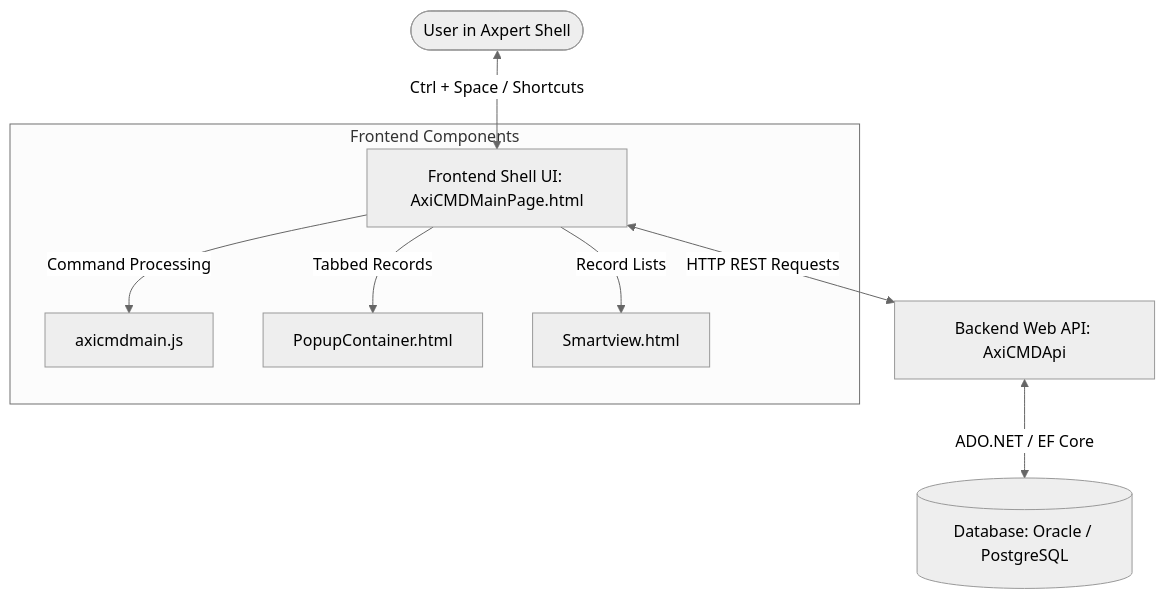
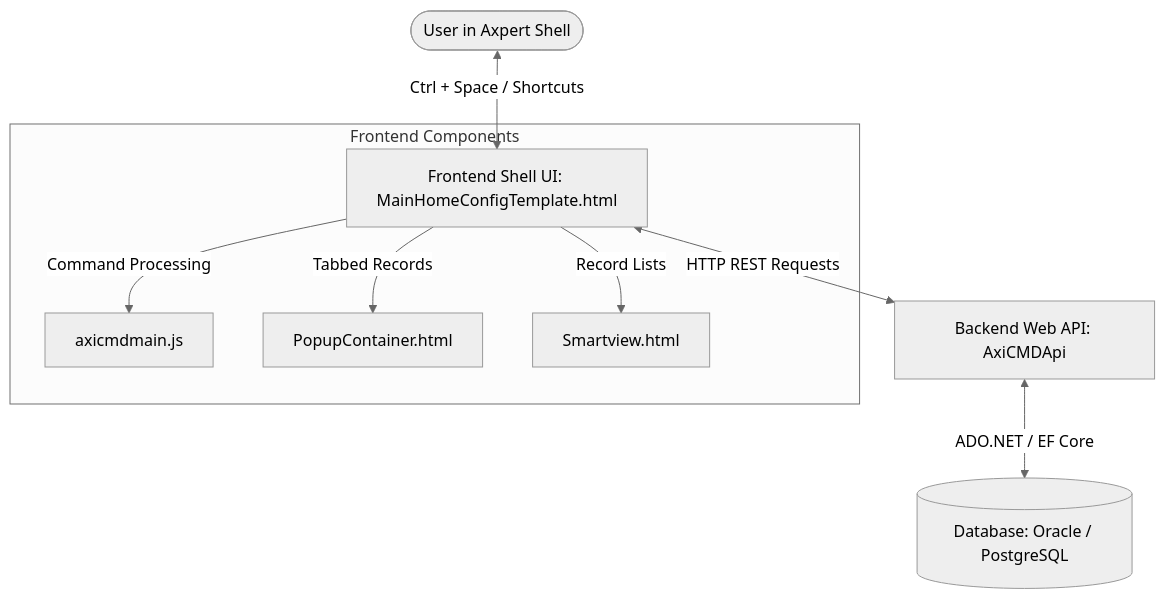
One commit to nexoviacore/Axi-CMD changed the diagram in AxpertPlugins/AxiCMD/docs/DOCUMENTATION.md. Above: the diagram before and after it, drawn with Mermaid (neutral theme). The commit also changed other lines of this file and 1 other file, not shown here.

First line of the commit message:
docs(axi-cmd): update README and documentation for v1.0.0

````diff
--- a/AxpertPlugins/AxiCMD/docs/DOCUMENTATION.md
+++ b/AxpertPlugins/AxiCMD/docs/DOCUMENTATION.md
@@ -36,11 +36,11 @@
 ```mermaid
 graph TD
-    User([User in Axpert Shell]) <-->|Ctrl + Space / Shortcuts| Frontend[Frontend Shell UI: AxiCMDMainPage.html]
+    User([User in Axpert Shell]) <-->|Ctrl + Space / Shortcuts| Frontend[Frontend Shell UI: MainHomeConfigTemplate.html]
     Frontend <-->|HTTP REST Requests| Backend[Backend Web API: AxiCMDApi]
     Backend <-->|ADO.NET / EF Core| DB[(Database: Oracle / PostgreSQL)]
     subgraph Frontend Components
         Frontend -->|Command Processing| JS[axicmdmain.js]
         Frontend -->|Tabbed Records| PC[PopupContainer.html]
         Frontend -->|Record Lists| SV[Smartview.html]
     end
 ```
````
